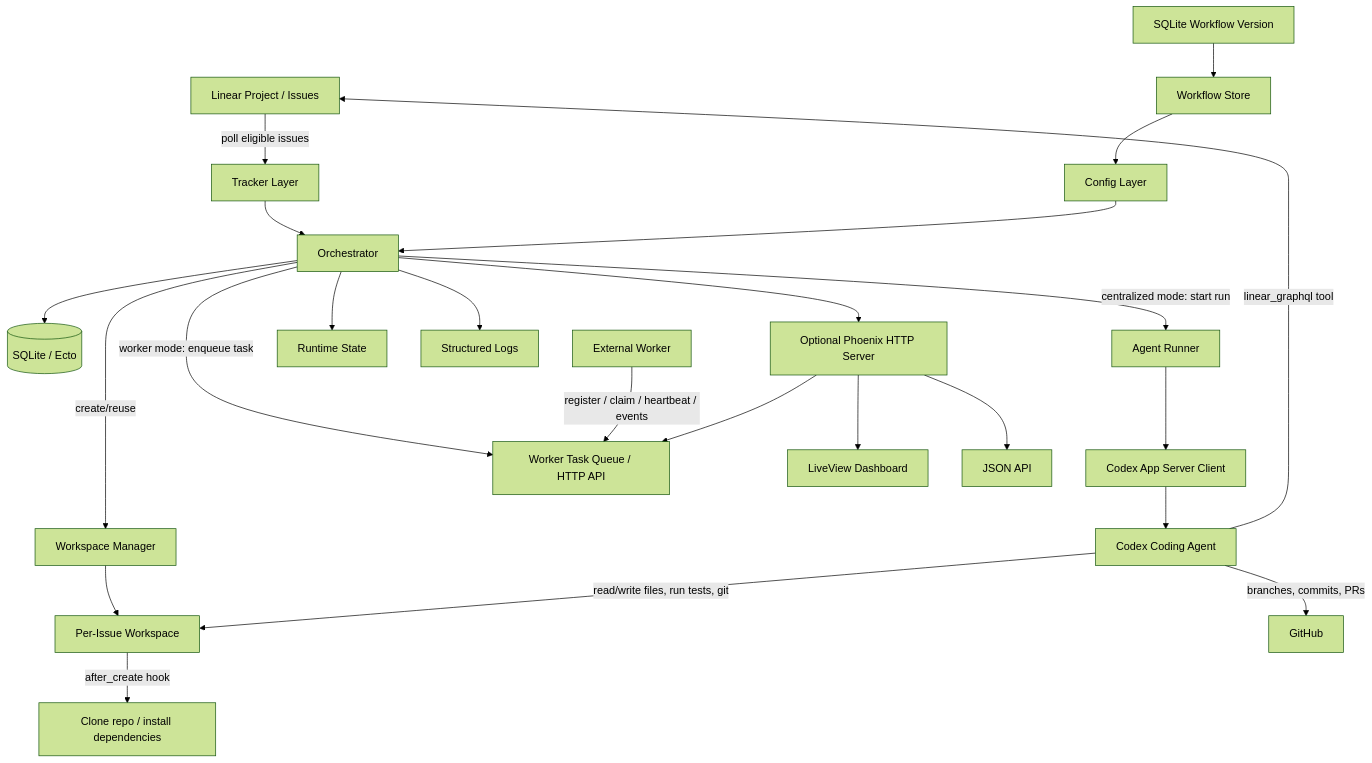
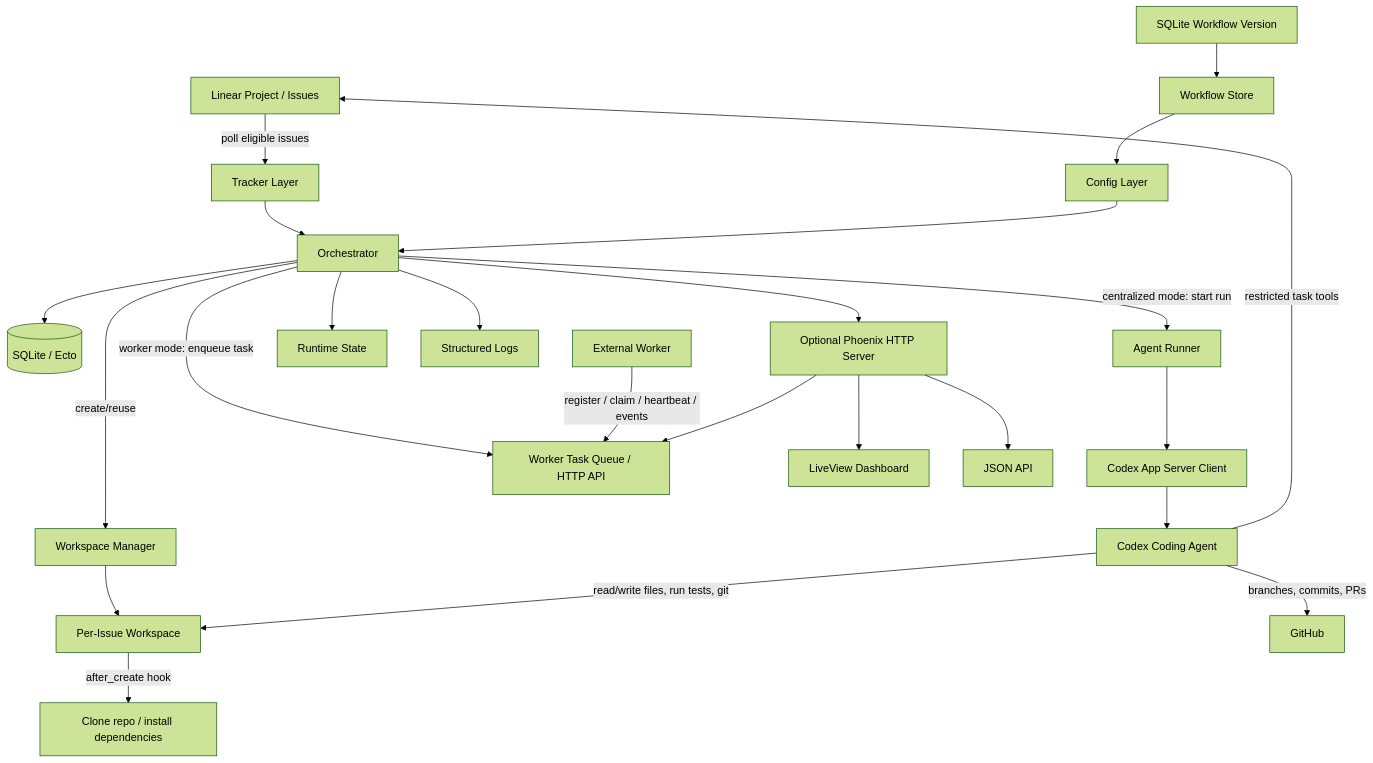
Before and after one commit to VikingMew/symphony: the first of 2 diagrams in ARCHITECTURE.md, drawn with Mermaid (forest theme). The commit also changed other lines of this file, not shown here.

````diff
--- a/ARCHITECTURE.md
+++ b/ARCHITECTURE.md
@@ -41,31 +41,31 @@
 ```mermaid
 flowchart TD
     linear[Linear Project / Issues] -->|poll eligible issues| tracker[Tracker Layer]
     tracker --> orchestrator[Orchestrator]
 
     workflow[SQLite Workflow Version] --> loader[Workflow Store]
     loader --> config[Config Layer]
     config --> orchestrator
     orchestrator --> sqlite[(SQLite / Ecto)]
 
     orchestrator -->|create/reuse| workspace[Workspace Manager]
     workspace --> issuews[Per-Issue Workspace]
     issuews -->|after_create hook| bootstrap[Clone repo / install dependencies]
 
     orchestrator -->|centralized mode: start run| runner[Agent Runner]
     runner --> appserver[Codex App Server Client]
     appserver --> codex[Codex Coding Agent]
     orchestrator -->|worker mode: enqueue task| workerapi[Worker Task Queue / HTTP API]
     extworker[External Worker] -->|register / claim / heartbeat / events| workerapi
 
     codex -->|read/write files, run tests, git| issuews
-    codex -->|linear_graphql tool| linear
+    codex -->|restricted task tools| linear
     codex -->|branches, commits, PRs| github[GitHub]
 
     orchestrator --> state[Runtime State]
     orchestrator --> logs[Structured Logs]
     orchestrator --> http[Optional Phoenix HTTP Server]
     http --> dashboard[LiveView Dashboard]
     http --> api[JSON API]
     http --> workerapi
 ```
````
